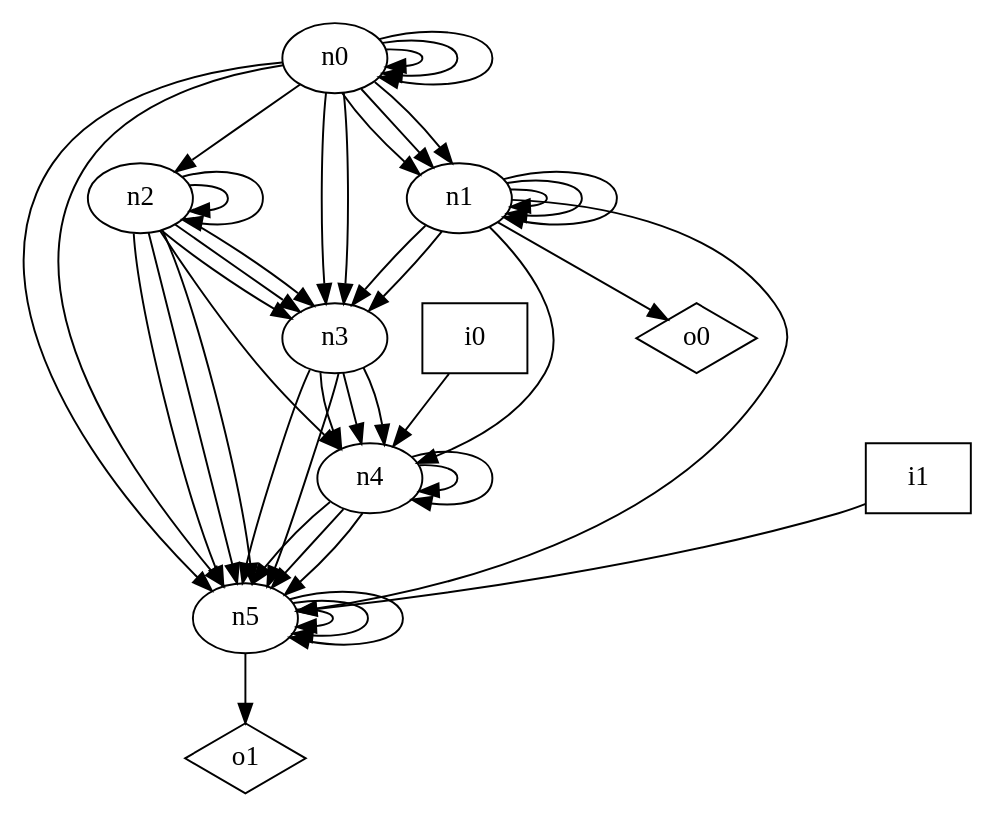
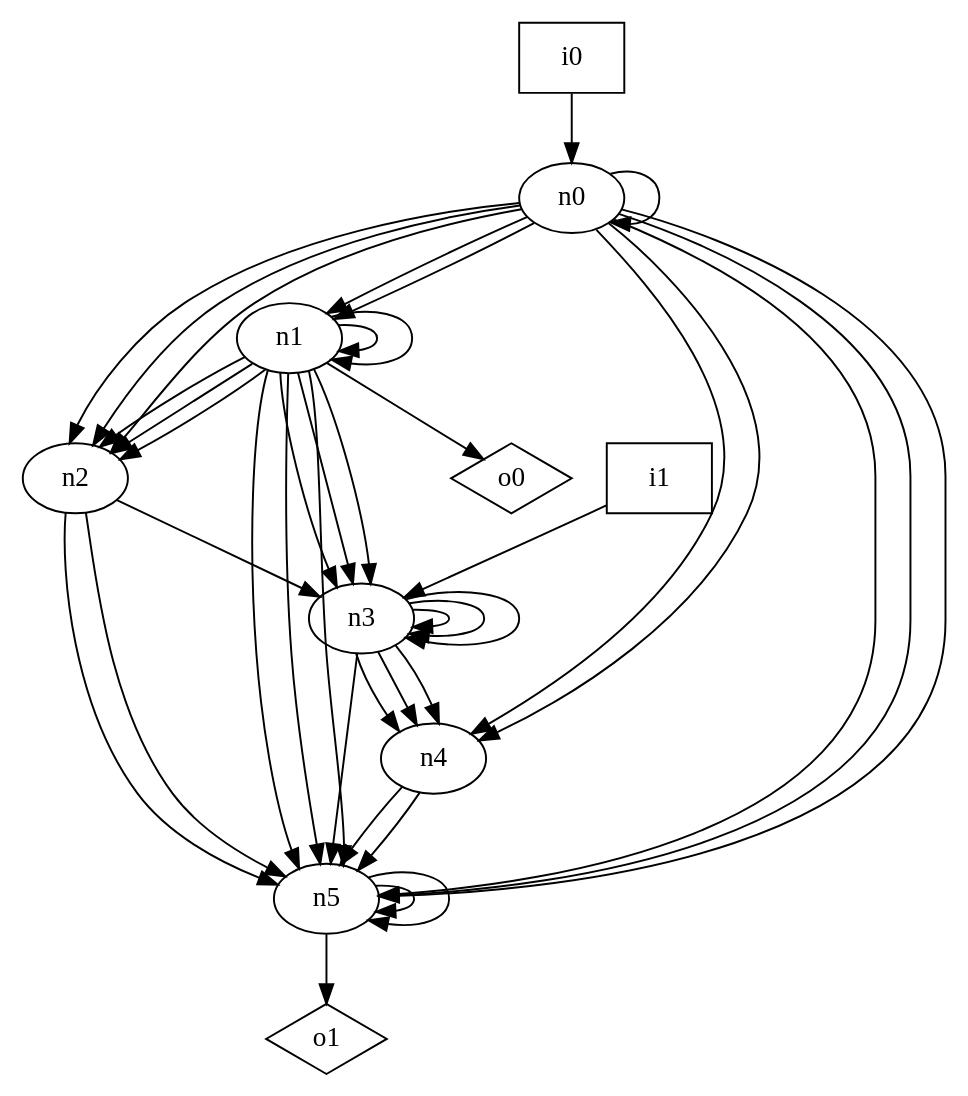
One commit to p9romain/bool-circuits changed the diagram in dot_files/random_graph/DAG_graph.dot. Above: the diagram before and after it, drawn with Graphviz. The commit also changed 88 other files, not shown here.

```diff
--- a/dot_files/random_graph/DAG_graph.dot
+++ b/dot_files/random_graph/DAG_graph.dot
@@ -1,56 +1,52 @@
 digraph G {
 n0 [label="n0"];
 n1 [label="n1"];
 n2 [label="n2"];
 n3 [label="n3"];
 n4 [label="n4"];
 n5 [label="n5"];
 n6 [label="i0",shape="box"];
 n7 [label="i1",shape="box"];
 n8 [label="o0",shape="diamond"];
 n9 [label="o1",shape="diamond"];
 n0 -> n0
-n0 -> n0
-n0 -> n0
-n0 -> n1
 n0 -> n1
 n0 -> n1
 n0 -> n2
-n0 -> n3
-n0 -> n3
+n0 -> n2
+n0 -> n2
+n0 -> n4
+n0 -> n4
+n0 -> n5
 n0 -> n5
 n0 -> n5
 n1 -> n1
 n1 -> n1
-n1 -> n1
+n1 -> n2
+n1 -> n2
+n1 -> n2
 n1 -> n3
 n1 -> n3
-n1 -> n4
+n1 -> n3
+n1 -> n5
+n1 -> n5
 n1 -> n5
 n1 -> n8
-n2 -> n2
-n2 -> n2
 n2 -> n3
-n2 -> n3
-n2 -> n3
-n2 -> n4
 n2 -> n5
 n2 -> n5
-n2 -> n5
+n3 -> n3
+n3 -> n3
+n3 -> n3
 n3 -> n4
 n3 -> n4
 n3 -> n4
 n3 -> n5
-n3 -> n5
-n4 -> n4
-n4 -> n4
-n4 -> n5
 n4 -> n5
 n4 -> n5
 n5 -> n5
 n5 -> n5
-n5 -> n5
 n5 -> n9
-n6 -> n4
-n7 -> n5
+n6 -> n0
+n7 -> n3
 }
```
